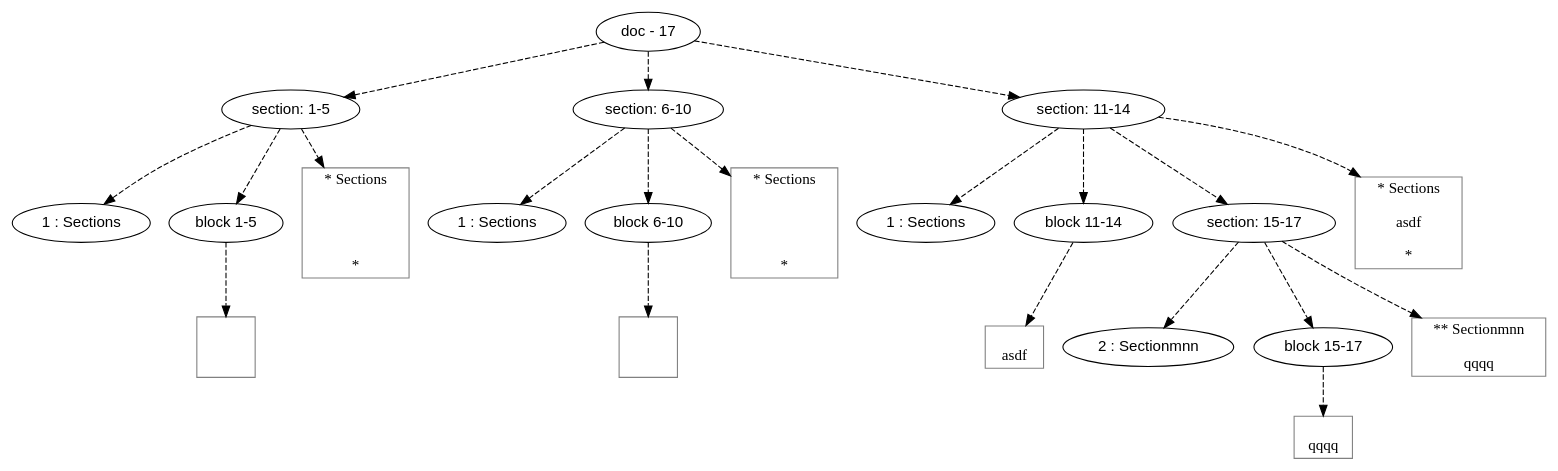
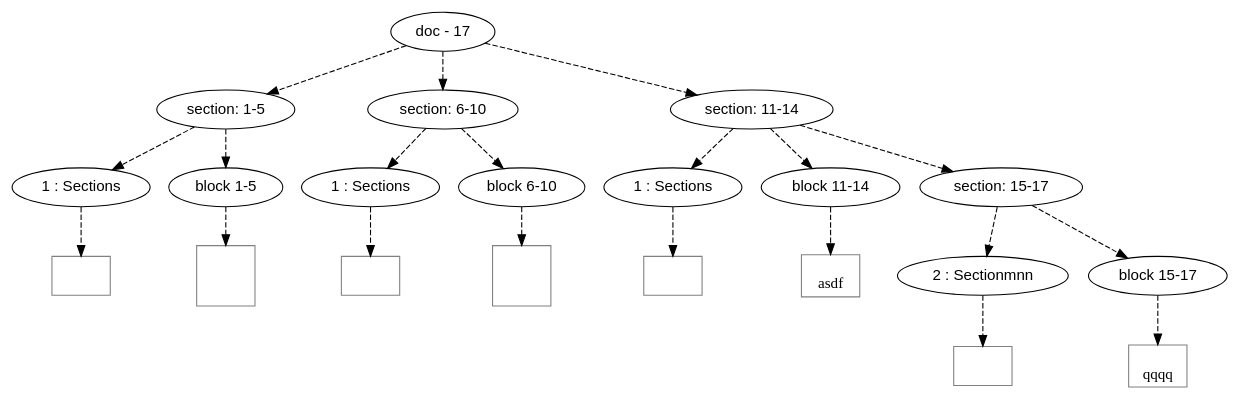
Before and after one commit to mnemnion/orb: the diagram in doc/dot/notes/section.dot, drawn with Graphviz. The commit also changed 134 other files, not shown here.

```diff
--- a/doc/dot/notes/section.dot
+++ b/doc/dot/notes/section.dot
@@ -1,95 +1,79 @@
 digraph hierarchy {
 
 node [fontname=Helvetica]
 edge [style=dashed]
 
 doc_0 [label="doc - 17"]
 
 
 doc_0 -> { section_1 section_2 section_3}
 {rank=same; section_1 section_2 section_3}
 
 section_1 [label="section: 1-5"]
 
 section_2 [label="section: 6-10"]
 
 section_3 [label="section: 11-14"]
 
 
 section_1 -> { header_4 block_5}
 {rank=same; header_4 block_5}
 
 header_4 [label="1 : Sections"]
 
 block_5 [label="block 1-5"]
 
 
-block_5 -> leaf_6
-leaf_6  [color=Gray,shape=rectangle,fontname=Inconsolata,label="
+header_4 -> leaf_6
+leaf_6  [color=Gray,shape=rectangle,fontname=Inconsolata,label=""]
+block_5 -> leaf_7
+leaf_7  [color=Gray,shape=rectangle,fontname=Inconsolata,label="
 
 
 "]
-section_1 -> leaf_7
-leaf_7  [color=Gray,shape=rectangle,fontname=Inconsolata,label="* Sections
-
-
-
-
-*"]
 section_2 -> { header_8 block_9}
 {rank=same; header_8 block_9}
 
 header_8 [label="1 : Sections"]
 
 block_9 [label="block 6-10"]
 
 
-block_9 -> leaf_10
-leaf_10  [color=Gray,shape=rectangle,fontname=Inconsolata,label="
+header_8 -> leaf_10
+leaf_10  [color=Gray,shape=rectangle,fontname=Inconsolata,label=""]
+block_9 -> leaf_11
+leaf_11  [color=Gray,shape=rectangle,fontname=Inconsolata,label="
 
 
 "]
-section_2 -> leaf_11
-leaf_11  [color=Gray,shape=rectangle,fontname=Inconsolata,label="* Sections
-
-
-
-
-*"]
 section_3 -> { header_12 block_13 section_14}
 {rank=same; header_12 block_13 section_14}
 
 header_12 [label="1 : Sections"]
 
 block_13 [label="block 11-14"]
 
 section_14 [label="section: 15-17"]
 
 
-block_13 -> leaf_15
-leaf_15  [color=Gray,shape=rectangle,fontname=Inconsolata,label="
+header_12 -> leaf_15
+leaf_15  [color=Gray,shape=rectangle,fontname=Inconsolata,label=""]
+block_13 -> leaf_16
+leaf_16  [color=Gray,shape=rectangle,fontname=Inconsolata,label="
 asdf
 "]
-section_14 -> { header_16 block_17}
-{rank=same; header_16 block_17}
+section_14 -> { header_17 block_18}
+{rank=same; header_17 block_18}
 
-header_16 [label="2 : Sectionmnn"]
+header_17 [label="2 : Sectionmnn"]
 
-block_17 [label="block 15-17"]
+block_18 [label="block 15-17"]
 
 
-block_17 -> leaf_18
-leaf_18  [color=Gray,shape=rectangle,fontname=Inconsolata,label="
+header_17 -> leaf_19
+leaf_19  [color=Gray,shape=rectangle,fontname=Inconsolata,label=""]
+block_18 -> leaf_20
+leaf_20  [color=Gray,shape=rectangle,fontname=Inconsolata,label="
 qqqq"]
-section_14 -> leaf_19
-leaf_19  [color=Gray,shape=rectangle,fontname=Inconsolata,label="** Sectionmnn
-
-qqqq"]
-section_3 -> leaf_20
-leaf_20  [color=Gray,shape=rectangle,fontname=Inconsolata,label="* Sections
-
-asdf
-
-*"]
 
 }
```
